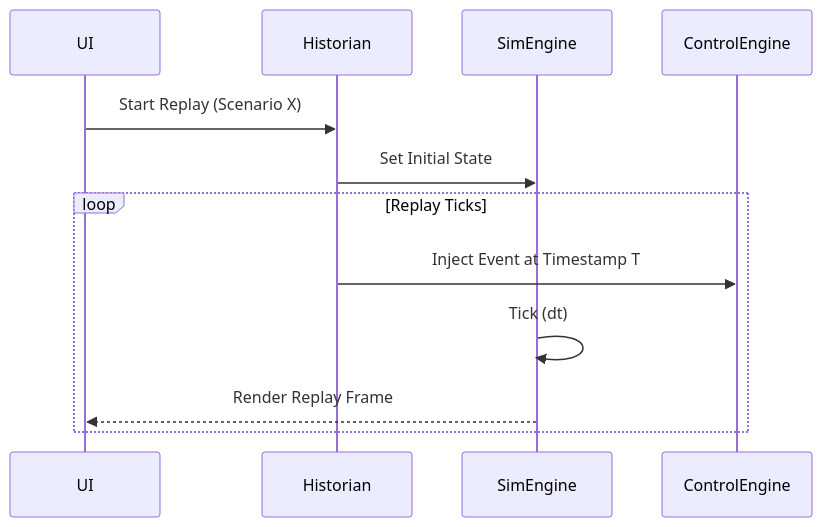
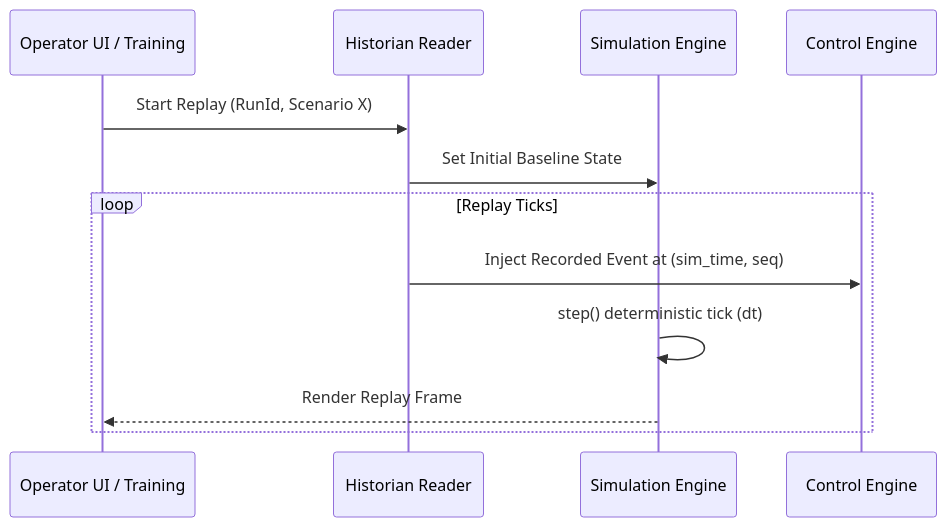
Before and after one commit to kaivyy/nebudcs: the third of 3 diagrams in docs/architecture/alarm-historian.md, drawn with Mermaid. The commit also changed other lines of this file and 149 other files, not shown here.

Commit message:
baseline: phase 9 verified (scenario & fault injection subsystem, documentation audited, regression clean)

````diff
--- a/docs/architecture/alarm-historian.md
+++ b/docs/architecture/alarm-historian.md
@@ -76,15 +77,15 @@
 ```mermaid
 sequenceDiagram
-    participant UI
-    participant Historian
-    participant SimEngine
-    participant ControlEngine
+    participant UI as Operator UI / Training
+    participant Historian as Historian Reader
+    participant SimEngine as Simulation Engine
+    participant ControlEngine as Control Engine
     
-    UI->>Historian: Start Replay (Scenario X)
-    Historian->>SimEngine: Set Initial State
+    UI->>Historian: Start Replay (RunId, Scenario X)
+    Historian->>SimEngine: Set Initial Baseline State
     loop Replay Ticks
-        Historian->>ControlEngine: Inject Event at Timestamp T
-        SimEngine->>SimEngine: Tick (dt)
+        Historian->>ControlEngine: Inject Recorded Event at (sim_time, seq)
+        SimEngine->>SimEngine: step() deterministic tick (dt)
         SimEngine-->>UI: Render Replay Frame
     end
 ```
````
